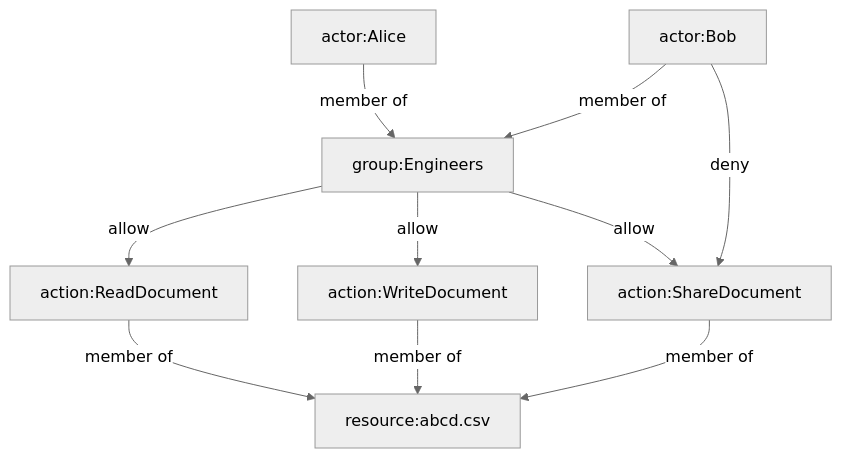
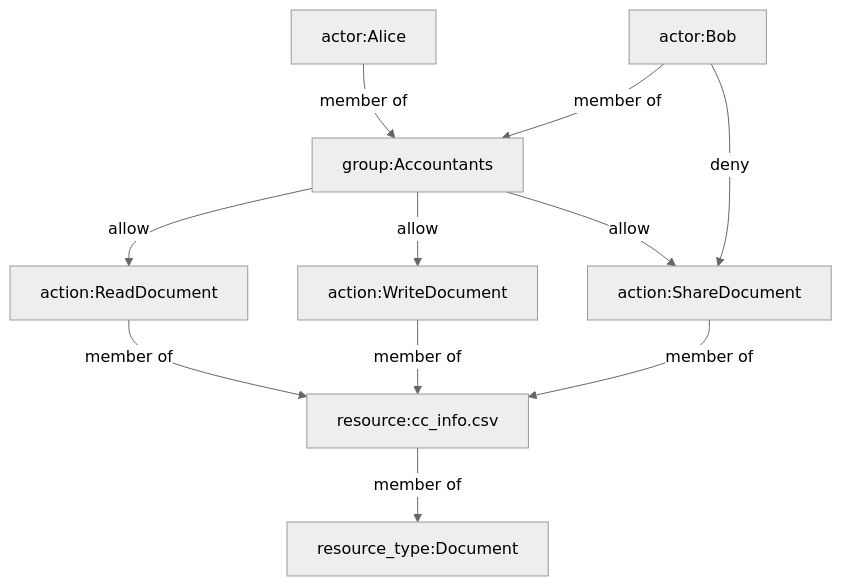
One commit to graydenshand/permission-graph changed the fourth of 4 diagrams in docs/index.md. Above: the diagram before and after it, drawn with Mermaid (neutral theme). The commit also changed other lines of this file and 12 other files, not shown here.

Commit message:
Pydantic, doc tests, resource-type nodes

````diff
--- a/docs/index.md
+++ b/docs/index.md
@@ -170,23 +316,26 @@
-```mermaid
-flowchart
-    alice[actor:Alice]
-    bob[actor:Bob]
-    engineers[group:Engineers]
-    document[resource:abcd.csv]
-    read[action:ReadDocument]
-    write[action:WriteDocument]
-    share[action:ShareDocument]
+    ```mermaid
+    flowchart
+        alice[actor:Alice]
+        bob[actor:Bob]
+        accountants[group:Accountants]
+        document[resource:cc_info.csv]
+        read[action:ReadDocument]
+        write[action:WriteDocument]
+        share[action:ShareDocument]
+        document_type[resource_type:Document]
+        
+        document-->|member of|document_type
 
-    read-->|member of|document
-    write-->|member of|document
-    share-->|member of|document
+        read-->|member of|document
+        write-->|member of|document
+        share-->|member of|document
 
-    alice-->|member of|engineers
-    bob-->|member of|engineers
+        alice-->|member of|accountants
+        bob-->|member of|accountants
 
-    engineers-->|allow|read
-    engineers-->|allow|write
-    engineers-->|allow|share
+        accountants-->|allow|read
+        accountants-->|allow|write
+        accountants-->|allow|share
 
-    bob-->|deny|share
-```
+        bob-->|deny|share
+    ```
````
